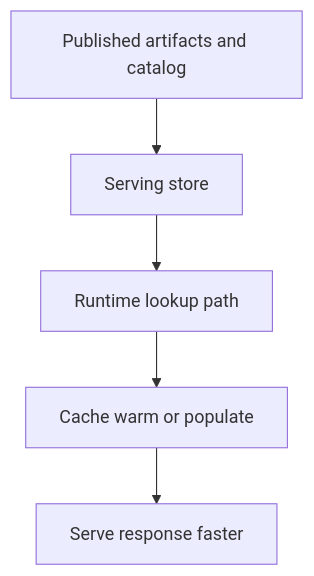
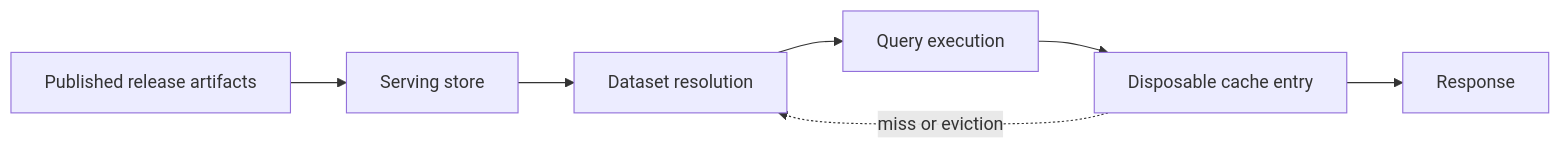
The first of 2 diagrams in docs/bijux-atlas-ops/stack/cache-and-store-operations.md (bijux/bijux-atlas), drawn with Mermaid before and after one commit. The commit also changed other lines of this file and 2 other files, not shown here.

Commit message:
docs(runtime-state): separate durable and disposable services

````diff
--- a/docs/bijux-atlas-ops/stack/cache-and-store-operations.md
+++ b/docs/bijux-atlas-ops/stack/cache-and-store-operations.md
@@ -47,7 +19,9 @@
 ```mermaid
-flowchart TD
-    Published[Published artifacts and catalog] --> Store[Serving store]
-    Store --> Runtime[Runtime lookup path]
-    Runtime --> Cache[Cache warm or populate]
-    Cache --> Response[Serve response faster]
+flowchart LR
+    Release["Published release artifacts"] --> Store["Serving store"]
+    Store --> Resolve["Dataset resolution"]
+    Resolve --> Query["Query execution"]
+    Query --> Cache["Disposable cache entry"]
+    Cache --> Response["Response"]
+    Cache -. miss or eviction .-> Resolve
 ```
````
